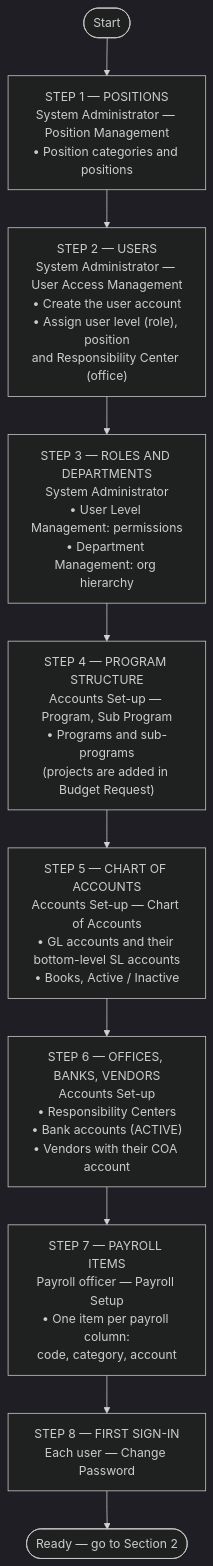
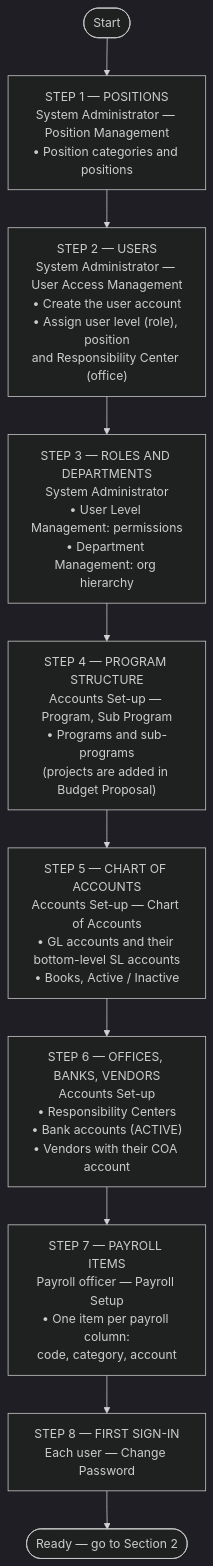
One commit to A-team-ITBS/fims-nha changed the second of 14 diagrams in system_docs/process-flow/PROCESS-FLOW.md. Above: the diagram before and after it, drawn with Mermaid (dark theme). The commit also changed other lines of this file and 2 other files, not shown here.

Commit message:
docs: single Budget Proposal page (FMD review on BudgetReqPage)

````diff
--- a/system_docs/process-flow/PROCESS-FLOW.md
+++ b/system_docs/process-flow/PROCESS-FLOW.md
@@ -109,12 +109,12 @@
 ```mermaid
 flowchart TD
     START(["Start"]) --> S1["STEP 1 — POSITIONS<br/>System Administrator — Position Management<br/>• Position categories and positions"]
     S1 --> S2["STEP 2 — USERS<br/>System Administrator — User Access Management<br/>• Create the user account<br/>• Assign user level (role), position<br/>and Responsibility Center (office)"]
     S2 --> S3["STEP 3 — ROLES AND DEPARTMENTS<br/>System Administrator<br/>• User Level Management: permissions<br/>• Department Management: org hierarchy"]
-    S3 --> S4["STEP 4 — PROGRAM STRUCTURE<br/>Accounts Set-up — Program, Sub Program<br/>• Programs and sub-programs<br/>(projects are added in Budget Request)"]
+    S3 --> S4["STEP 4 — PROGRAM STRUCTURE<br/>Accounts Set-up — Program, Sub Program<br/>• Programs and sub-programs<br/>(projects are added in Budget Proposal)"]
     S4 --> S5["STEP 5 — CHART OF ACCOUNTS<br/>Accounts Set-up — Chart of Accounts<br/>• GL accounts and their bottom-level SL accounts<br/>• Books, Active / Inactive"]
     S5 --> S6["STEP 6 — OFFICES, BANKS, VENDORS<br/>Accounts Set-up<br/>• Responsibility Centers<br/>• Bank accounts (ACTIVE)<br/>• Vendors with their COA account"]
     S6 --> SP["STEP 7 — PAYROLL ITEMS<br/>Payroll officer — Payroll Setup<br/>• One item per payroll column:<br/>code, category, account"]
     SP --> S7["STEP 8 — FIRST SIGN-IN<br/>Each user — Change Password"]
     S7 --> END(["Ready — go to Section 2"])
 ```
````
